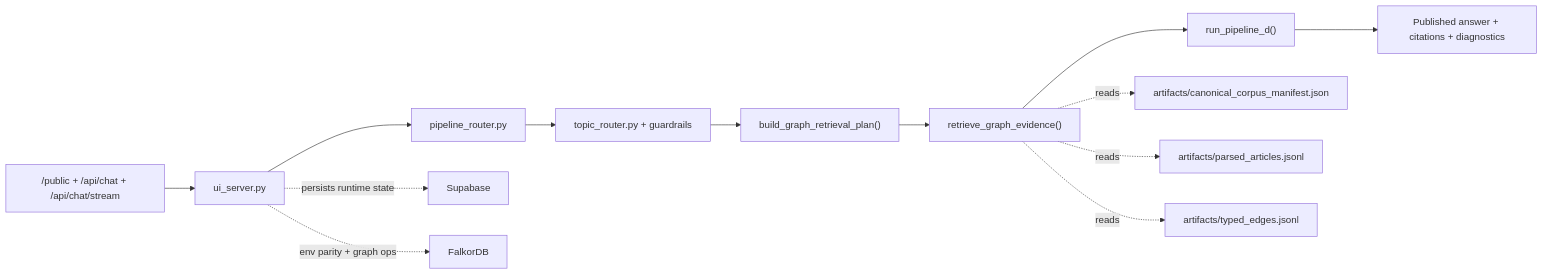
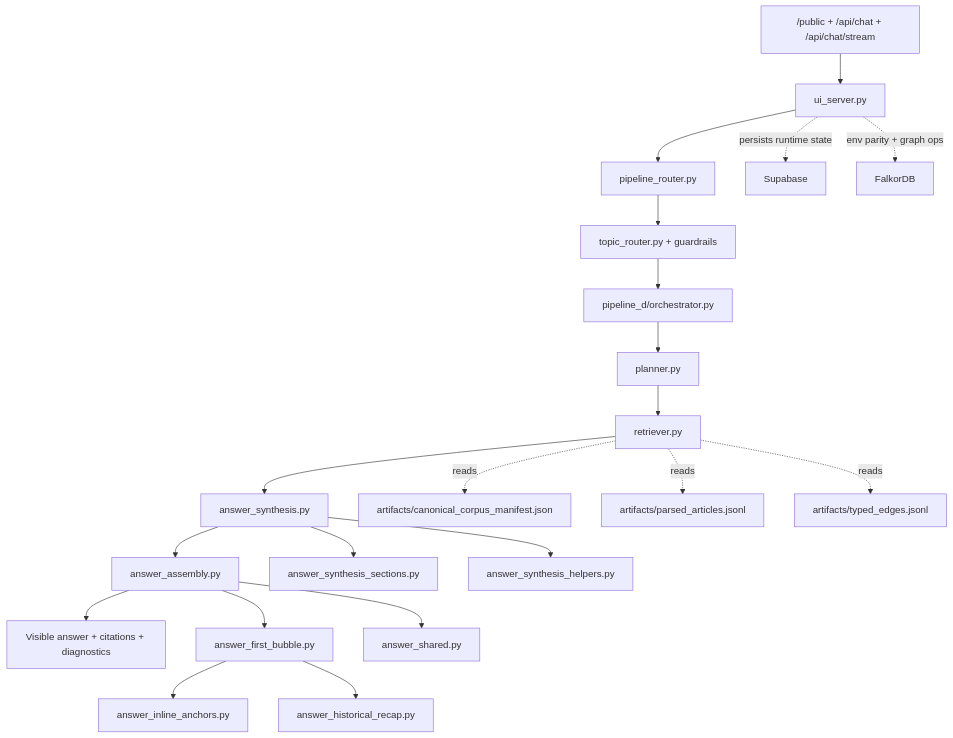
Before and after one commit to avas888/LIA_Graph: the second of 3 diagrams in docs/guide/orchestration.md, drawn with Mermaid. The commit also changed other lines of this file and 252 other files, not shown here.

Commit message:
finish graph surface architecture refactor

````diff
--- a/docs/guide/orchestration.md
+++ b/docs/guide/orchestration.md
@@ -125,16 +414,25 @@
 ```mermaid
-flowchart LR
+flowchart TD
     A["/public + /api/chat + /api/chat/stream"] --> B["ui_server.py"]
     B --> C["pipeline_router.py"]
     C --> D["topic_router.py + guardrails"]
-    D --> E["build_graph_retrieval_plan()"]
-    E --> F["retrieve_graph_evidence()"]
-    F --> G["run_pipeline_d()"]
-    G --> H["Published answer + citations + diagnostics"]
+    D --> E["pipeline_d/orchestrator.py"]
+    E --> F["planner.py"]
+    F --> G["retriever.py"]
+    G --> H["answer_synthesis.py"]
+    H --> I["answer_assembly.py"]
+    I --> J["Visible answer + citations + diagnostics"]
 
-    F -. reads .-> I["artifacts/canonical_corpus_manifest.json"]
-    F -. reads .-> J["artifacts/parsed_articles.jsonl"]
-    F -. reads .-> K["artifacts/typed_edges.jsonl"]
-    B -. persists runtime state .-> L["Supabase"]
-    B -. env parity + graph ops .-> M["FalkorDB"]
+    H --> K["answer_synthesis_sections.py"]
+    H --> L["answer_synthesis_helpers.py"]
+    I --> M["answer_first_bubble.py"]
+    I --> N["answer_shared.py"]
+    M --> O["answer_inline_anchors.py"]
+    M --> P["answer_historical_recap.py"]
+
+    G -. reads .-> Q["artifacts/canonical_corpus_manifest.json"]
+    G -. reads .-> R["artifacts/parsed_articles.jsonl"]
+    G -. reads .-> S["artifacts/typed_edges.jsonl"]
+    B -. persists runtime state .-> T["Supabase"]
+    B -. env parity + graph ops .-> U["FalkorDB"]
 ```
````
